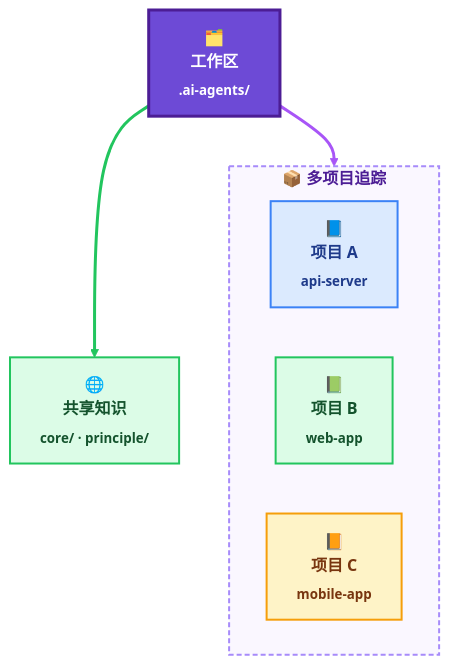
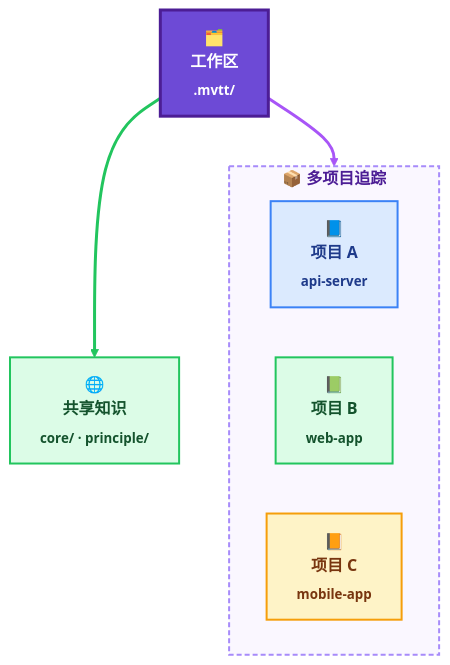
One commit to uoyoCsharp/My-Virtual-TechTeam changed the third of 5 diagrams in README.zh-CN.md. Above: the diagram before and after it, drawn with Mermaid. The commit also changed other lines of this file and 204 other files, not shown here.

````diff
--- a/README.zh-CN.md
+++ b/README.zh-CN.md
@@ -153,27 +153,27 @@
 ```mermaid
 flowchart TB
-    repo["🗂️<br/><b>工作区</b><br/><sub>.ai-agents/</sub>"]
+    repo["🗂️<br/><b>工作区</b><br/><sub>.mvtt/</sub>"]
 
     subgraph projects ["<b>📦 多项目追踪</b>"]
         direction LR
         p1["📘<br/><b>项目 A</b><br/><sub>api-server</sub>"]
         p2["📗<br/><b>项目 B</b><br/><sub>web-app</sub>"]
         p3["📙<br/><b>项目 C</b><br/><sub>mobile-app</sub>"]
     end
 
     shared["🌐<br/><b>共享知识</b><br/><sub>core/ · principle/</sub>"]
 
     repo ==> projects
     repo ==> shared
 
     style repo fill:#6d4ad6,stroke:#4c1d95,stroke-width:3px,color:#ffffff,font-weight:bold,font-size:16px
     style projects fill:#faf7ff,stroke:#a78bfa,stroke-width:2px,stroke-dasharray:5 3,color:#4c1d95
     style shared fill:#dcfce7,stroke:#22c55e,stroke-width:2px,color:#14532d,font-weight:bold
 
     style p1 fill:#dbeafe,stroke:#3b82f6,stroke-width:2px,color:#1e3a8a,font-weight:bold
     style p2 fill:#dcfce7,stroke:#22c55e,stroke-width:2px,color:#14532d,font-weight:bold
     style p3 fill:#fef3c7,stroke:#f59e0b,stroke-width:2px,color:#78350f,font-weight:bold
 
     linkStyle 0 stroke:#a855f7,stroke-width:3px
     linkStyle 1 stroke:#22c55e,stroke-width:3px
 ```
````
